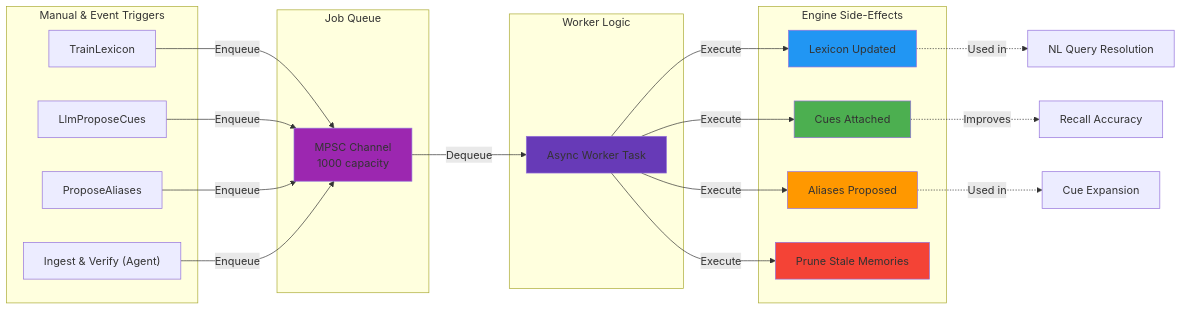
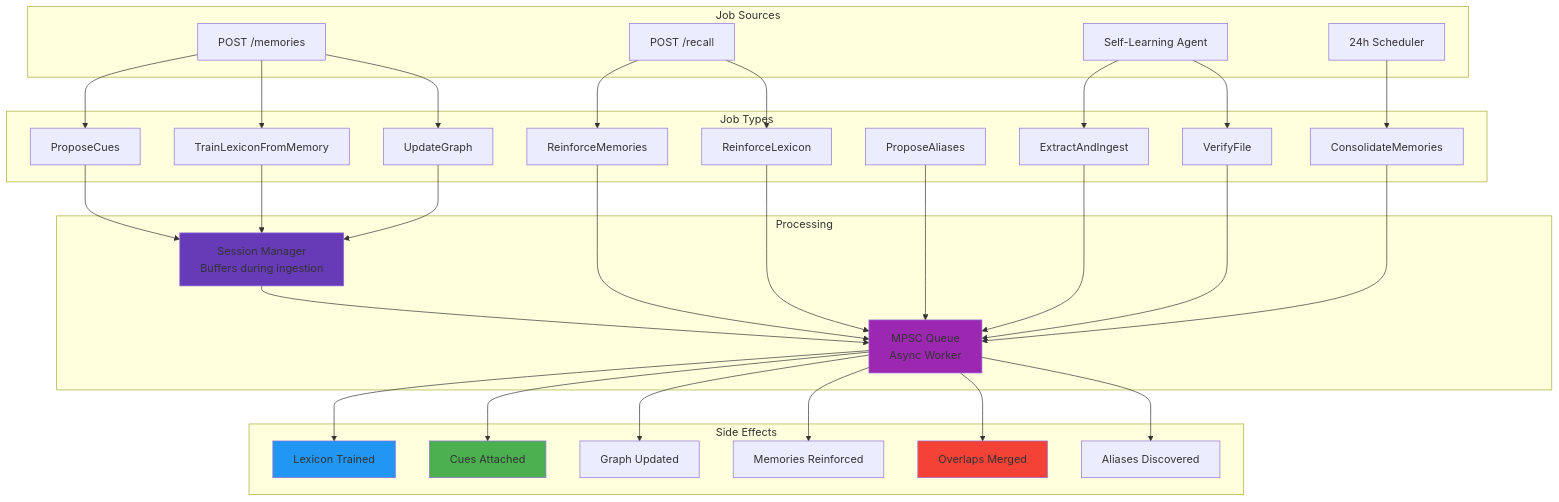
The fourth of 6 diagrams in README.md (cuemap-dev/cuemap), drawn with Mermaid before and after one commit. The commit also changed other lines of this file and 6 other files, not shown here.

````diff
--- a/README.md
+++ b/README.md
@@ -691,47 +716,54 @@
 ```mermaid
-graph LR
-    subgraph "Manual & Event Triggers"
-        J1[TrainLexicon]
-        J2[LlmProposeCues]
-        J3[ProposeAliases]
-        J4["Ingest & Verify (Agent)"]
+graph TB
+    subgraph "Job Sources"
+        WRITE[POST /memories]
+        RECALL[POST /recall]
+        AGENT[Self-Learning Agent]
+        TIMER[24h Scheduler]
     end
     
-    subgraph "Job Queue"
-        Q[MPSC Channel<br/>1000 capacity]
+    subgraph "Job Types"
+        J1[ProposeCues]
+        J2[TrainLexiconFromMemory]
+        J3[UpdateGraph]
+        J4[ReinforceMemories]
+        J5[ReinforceLexicon]
+        J6[ProposeAliases]
+        J7[ExtractAndIngest]
+        J8[VerifyFile]
+        J9[ConsolidateMemories]
     end
     
-    subgraph "Worker Logic"
-        W[Async Worker Task]
+    subgraph "Processing"
+        SESSION[Session Manager<br/>Buffers during ingestion]
+        QUEUE[MPSC Queue<br/>Async Worker]
     end
     
-    subgraph "Engine Side-Effects"
-        O1[Lexicon Updated]
-        O2[Cues Attached]
-        O3[Aliases Proposed]
-        O4[Prune Stale Memories]
+    subgraph "Side Effects"
+        E1[Lexicon Trained]
+        E2[Cues Attached]
+        E3[Graph Updated]
+        E4[Memories Reinforced]
+        E5[Overlaps Merged]
+        E6[Aliases Discovered]
     end
     
-    J1 -->|Enqueue| Q
-    J2 -->|Enqueue| Q
-    J3 -->|Enqueue| Q
-    J4 -->|Enqueue| Q
+    WRITE --> J1 & J2 & J3
+    RECALL --> J4 & J5
+    AGENT --> J7 & J8
+    TIMER --> J9
     
-    Q -->|Dequeue| W
+    J1 & J2 & J3 --> SESSION
+    SESSION --> QUEUE
+    J4 & J5 & J6 --> QUEUE
+    J7 & J8 --> QUEUE
+    J9 --> QUEUE
     
-    W -->|Execute| O1
-    W -->|Execute| O2
-    W -->|Execute| O3
-    W -->|Execute| O4
+    QUEUE --> E1 & E2 & E3 & E4 & E5 & E6
     
-    O1 -.->|Used in| NL[NL Query Resolution]
-    O2 -.->|Improves| REC[Recall Accuracy]
-    O3 -.->|Used in| EXP[Cue Expansion]
-    
-    style Q fill:#9C27B0
-    style W fill:#673AB7
-    style O1 fill:#2196F3
-    style O2 fill:#4CAF50
-    style O3 fill:#FF9800
-    style O4 fill:#F44336
+    style QUEUE fill:#9C27B0
+    style SESSION fill:#673AB7
+    style E1 fill:#2196F3
+    style E2 fill:#4CAF50
+    style E5 fill:#F44336
 ```
````
